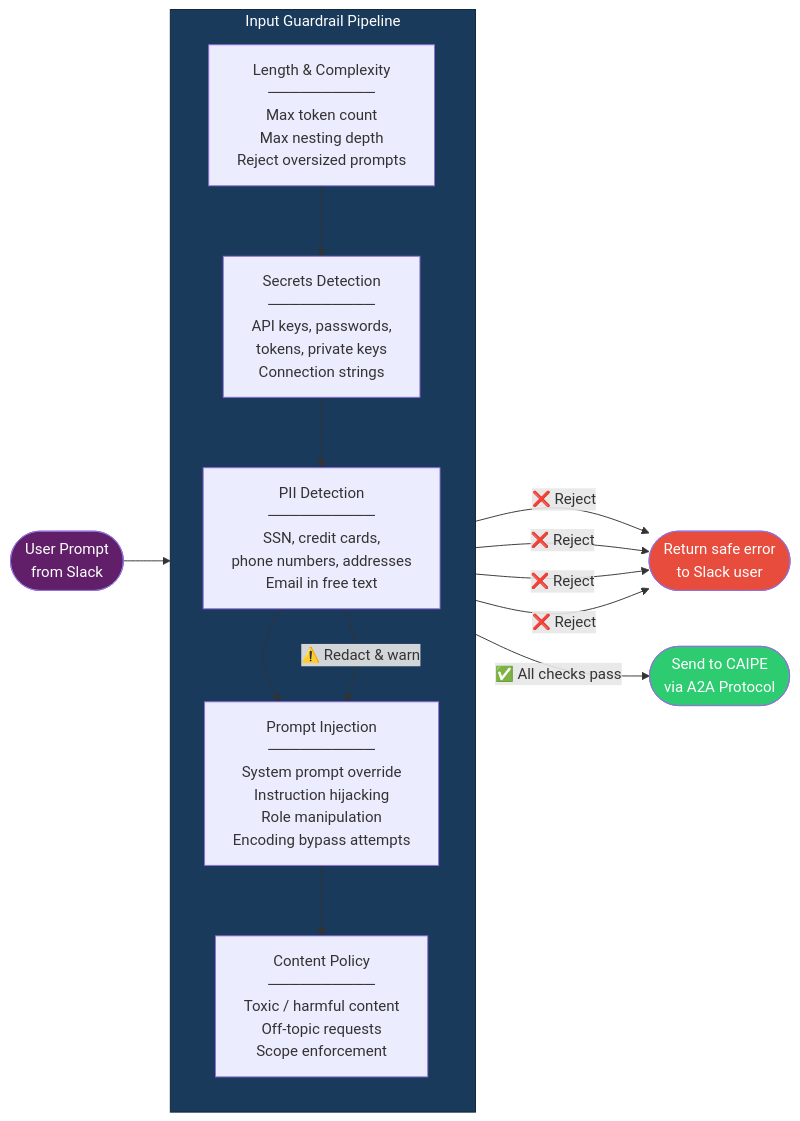
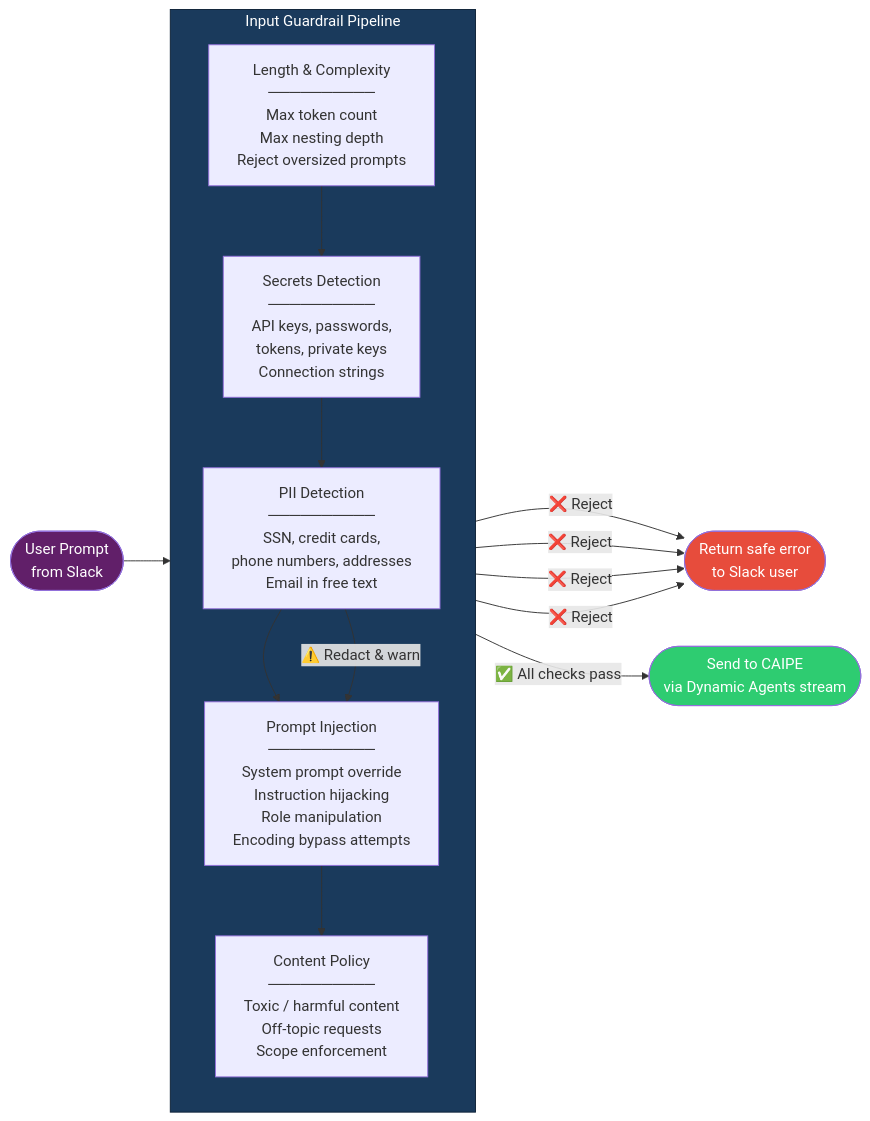
One commit to cnoe-io/ai-platform-engineering changed the second of 8 diagrams in docs/docs/architecture/slack-io-guardrails.md. Above: the diagram before and after it, drawn with Mermaid. The commit also changed other lines of this file and 252 other files, not shown here.

````diff
--- a/docs/docs/architecture/slack-io-guardrails.md
+++ b/docs/docs/architecture/slack-io-guardrails.md
@@ -73,32 +73,32 @@
 ```mermaid
 flowchart LR
     INPUT(["User Prompt<br/>from Slack"]) --> G1
 
     subgraph G1["Input Guardrail Pipeline"]
         direction TB
         I1["Length & Complexity<br/>──────────<br/>Max token count<br/>Max nesting depth<br/>Reject oversized prompts"]
         I2["Secrets Detection<br/>──────────<br/>API keys, passwords,<br/>tokens, private keys<br/>Connection strings"]
         I3["PII Detection<br/>──────────<br/>SSN, credit cards,<br/>phone numbers, addresses<br/>Email in free text"]
         I4["Prompt Injection<br/>──────────<br/>System prompt override<br/>Instruction hijacking<br/>Role manipulation<br/>Encoding bypass attempts"]
         I5["Content Policy<br/>──────────<br/>Toxic / harmful content<br/>Off-topic requests<br/>Scope enforcement"]
 
         I1 --> I2
         I2 --> I3
         I3 --> I4
         I4 --> I5
     end
 
-    G1 -->|"✅ All checks pass"| SEND(["Send to CAIPE<br/>via A2A Protocol"])
+    G1 -->|"✅ All checks pass"| SEND(["Send to CAIPE<br/>via Dynamic Agents stream"])
     I1 -->|"❌ Reject"| BLOCK
     I2 -->|"❌ Reject"| BLOCK
     I3 -->|"⚠️ Redact & warn"| I4
     I4 -->|"❌ Reject"| BLOCK
     I5 -->|"❌ Reject"| BLOCK
 
     BLOCK(["Return safe error<br/>to Slack user"])
 
     style G1 fill:#1a3a5c,color:#fff,stroke:#0d2137
     style INPUT fill:#611f69,color:#fff
     style SEND fill:#2ecc71,color:#fff
     style BLOCK fill:#e74c3c,color:#fff
 ```
````
